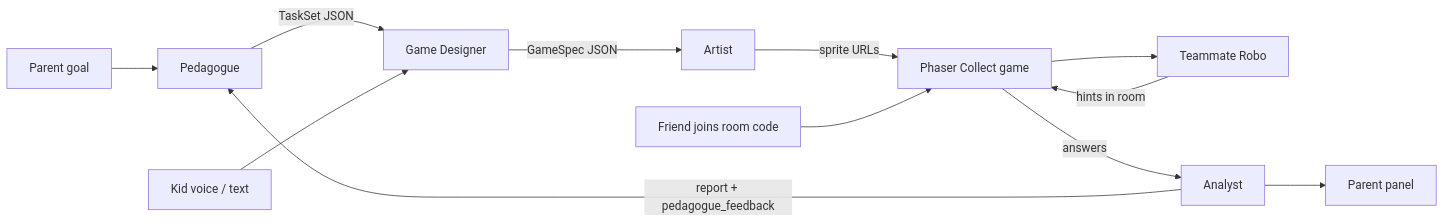
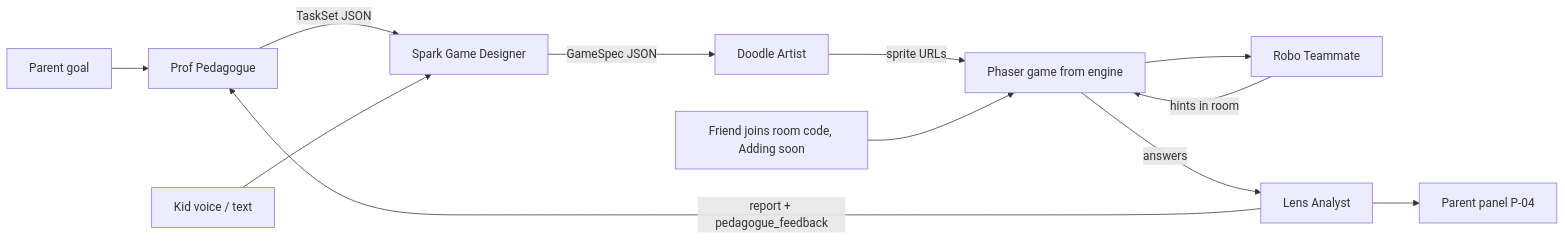
Before and after one commit to DadDudes/grok-hack-wro: the diagram in specs/06-pitch-flow.md, drawn with Mermaid. The commit also changed other lines of this file and 6 other files, not shown here.

Commit message:
Update specs with architecture and brand check

````diff
--- a/specs/06-pitch-flow.md
+++ b/specs/06-pitch-flow.md
@@ -71,14 +74,14 @@
 ```mermaid
 flowchart LR
-  P[Parent goal] --> Ped[Pedagogue]
-  Ped -->|TaskSet JSON| Des[Game Designer]
+  P[Parent goal] --> Ped[Prof Pedagogue]
+  Ped -->|TaskSet JSON| Des[Spark Game Designer]
   Kid[Kid voice / text] --> Des
-  Des -->|GameSpec JSON| Art[Artist]
-  Art -->|sprite URLs| Game[Phaser Collect game]
-  Game --> Robo[Teammate Robo]
+  Des -->|GameSpec JSON| Art[Doodle Artist]
+  Art -->|sprite URLs| Game[Phaser game from engine]
+  Game --> Robo[Robo Teammate]
   Robo -->|hints in room| Game
-  Game -->|answers| An[Analyst]
+  Game -->|answers| An[Lens Analyst]
   An -->|report + pedagogue_feedback| Ped
-  An --> Report[Parent panel]
-  Friend[Friend joins room code] --> Game
+  An --> Report[Parent panel P-04]
+  Friend[Friend joins room code, Adding soon] --> Game
 ```
````
